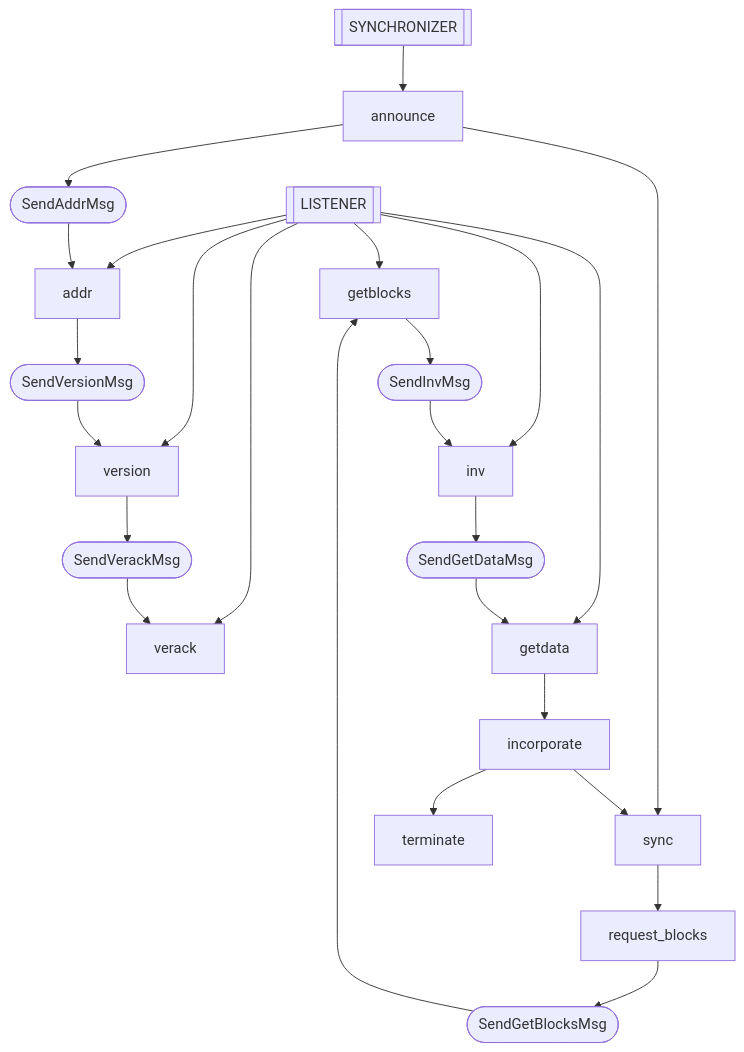
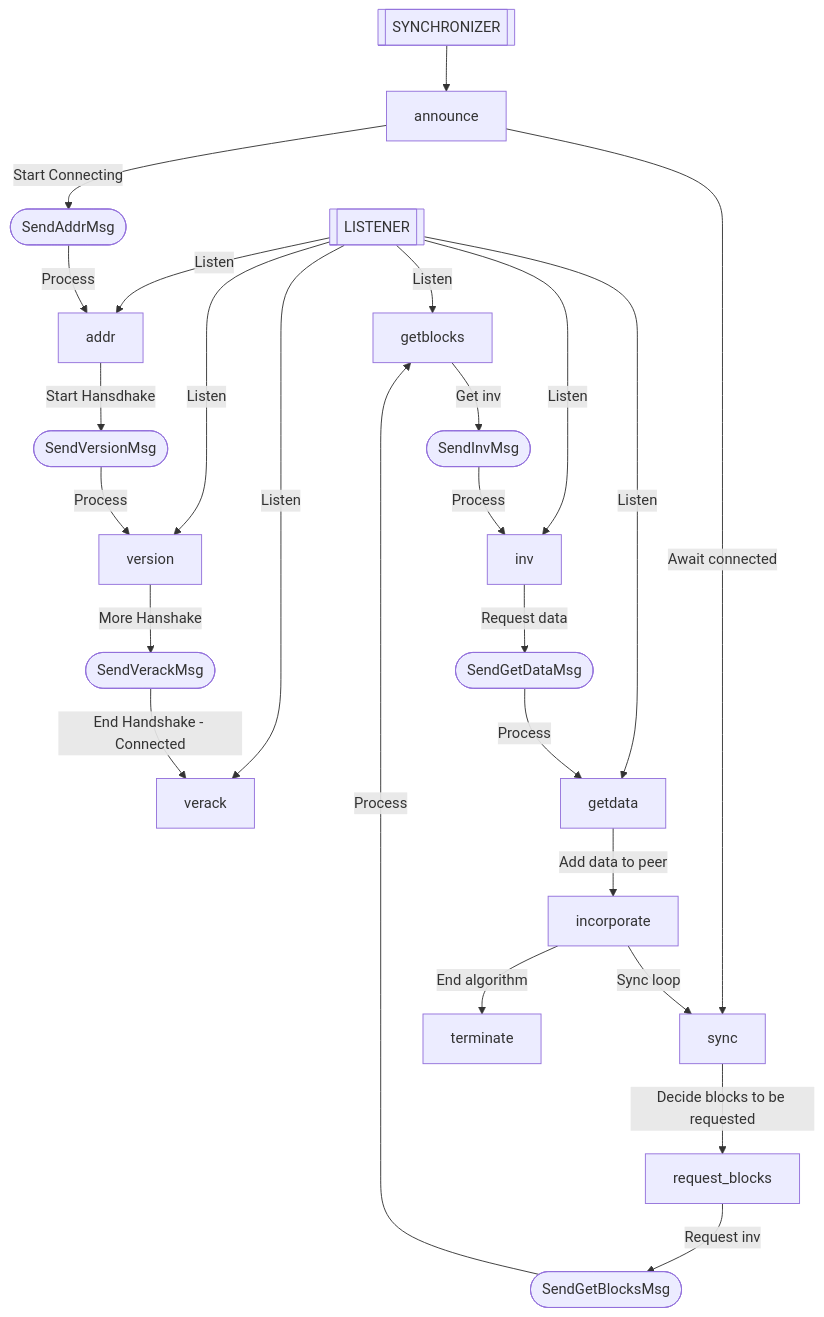
One commit to oxarbitrage/zcash-p2p-spec changed the third of 4 diagrams in README.md. Above: the diagram before and after it, drawn with Mermaid.

Commit message:
improvea bit  one of the README diagrams

````diff
--- a/README.md
+++ b/README.md
@@ -86,29 +86,29 @@
 ```mermaid
 flowchart TD
-LISTENER[[LISTENER]] --> addr
-LISTENER --> version
-LISTENER --> verack
-LISTENER --> getblocks
-LISTENER --> inv
-LISTENER --> getdata
+LISTENER[[LISTENER]] --> |Listen|addr
+LISTENER --> |Listen|version
+LISTENER --> |Listen|verack
+LISTENER --> |Listen|getblocks
+LISTENER --> |Listen|inv
+LISTENER --> |Listen|getdata
 
 SYNCHRONIZER[[SYNCHRONIZER]] --> announce
-announce --> send_addr_msg([SendAddrMsg])
-send_addr_msg --> addr
-addr --> send_version_msg([SendVersionMsg])
-send_version_msg --> version
-version --> send_verack_msg([SendVerackMsg])
-send_verack_msg --> verack
+announce --> |Start Connecting|send_addr_msg([SendAddrMsg])
+send_addr_msg --> |Process|addr
+addr --> |Start Hansdhake|send_version_msg([SendVersionMsg])
+send_version_msg --> |Process|version
+version --> |More Hanshake|send_verack_msg([SendVerackMsg])
+send_verack_msg --> |End Handshake - Connected|verack
 
-announce --> sync
-sync --> request_blocks
-request_blocks --> send_getblocks_msg([SendGetBlocksMsg])
-send_getblocks_msg --> getblocks
-getblocks --> send_inv_msg([SendInvMsg])
-send_inv_msg --> inv
-inv --> send_getdata_msg([SendGetDataMsg])
-send_getdata_msg --> getdata
-getdata --> incorporate
-incorporate --> sync
-incorporate --> terminate
+announce --> |Await connected|sync
+sync --> |Decide blocks to be requested|request_blocks
+request_blocks --> |Request inv|send_getblocks_msg([SendGetBlocksMsg])
+send_getblocks_msg --> |Process|getblocks
+getblocks --> |Get inv|send_inv_msg([SendInvMsg])
+send_inv_msg --> |Process|inv
+inv --> |Request data|send_getdata_msg([SendGetDataMsg])
+send_getdata_msg --> |Process|getdata
+getdata --> |Add data to peer|incorporate
+incorporate --> |Sync loop|sync
+incorporate --> |End algorithm|terminate
 ```
````
